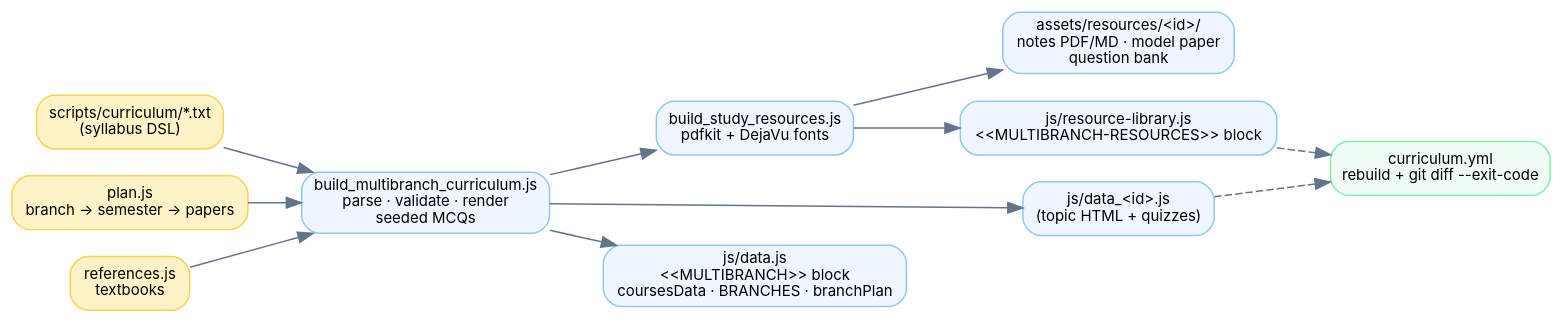
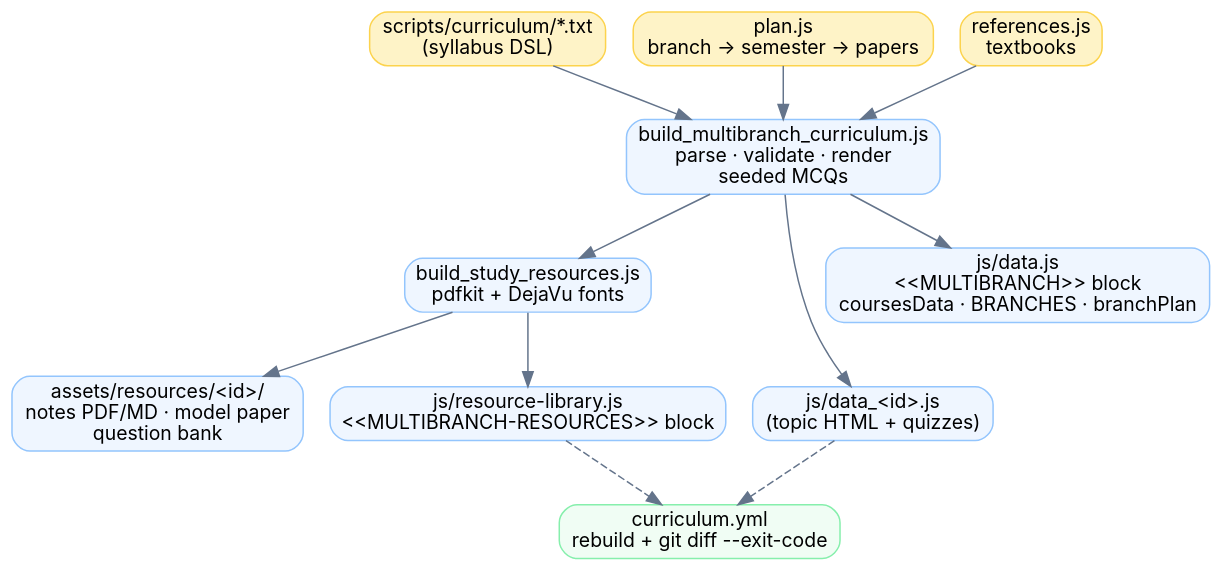
One commit to Aryan-singh19/Academy-LMS changed the diagram in docs/figures/curriculum-pipeline.dot. Above: the diagram before and after it, drawn with Graphviz. The commit also changed 43 other files, not shown here.

First line of the commit message:
docs: reader-facing proofread of Journey and Roadmap guide; new diagrams

```diff
--- a/docs/figures/curriculum-pipeline.dot
+++ b/docs/figures/curriculum-pipeline.dot
@@ -1,9 +1,9 @@
 digraph G {
-  rankdir=LR; bgcolor="transparent"; node [shape=box, style="rounded,filled", fontname="Inter", fontsize=10, color="#93c5fd", fillcolor="#eff6ff"]; edge [fontname="Inter", fontsize=8.5, color="#64748b"];
+  rankdir=TB; bgcolor="transparent"; node [shape=box, style="rounded,filled", fontname="Inter", fontsize=13, color="#93c5fd", fillcolor="#eff6ff"]; edge [fontname="Inter", fontsize=8.5, color="#64748b"];
   txt [label="scripts/curriculum/*.txt\n(syllabus DSL)", fillcolor="#fef3c7", color="#fcd34d"]; plan [label="plan.js\nbranch → semester → papers", fillcolor="#fef3c7", color="#fcd34d"]; refs [label="references.js\ntextbooks", fillcolor="#fef3c7", color="#fcd34d"];
   gen [label="build_multibranch_curriculum.js\nparse · validate · render\nseeded MCQs"]; res [label="build_study_resources.js\npdfkit + DejaVu fonts"];
   dataf [label="js/data_<id>.js\n(topic HTML + quizzes)"]; block [label="js/data.js\n<<MULTIBRANCH>> block\ncoursesData · BRANCHES · branchPlan"];
   pdfs [label="assets/resources/<id>/\nnotes PDF/MD · model paper\nquestion bank"]; lib [label="js/resource-library.js\n<<MULTIBRANCH-RESOURCES>> block"];
   ci [label="curriculum.yml\nrebuild + git diff --exit-code", fillcolor="#f0fdf4", color="#86efac"];
   txt -> gen; plan -> gen; refs -> gen; gen -> dataf; gen -> block; gen -> res; res -> pdfs; res -> lib; dataf -> ci [style=dashed]; lib -> ci [style=dashed];
 }
```
